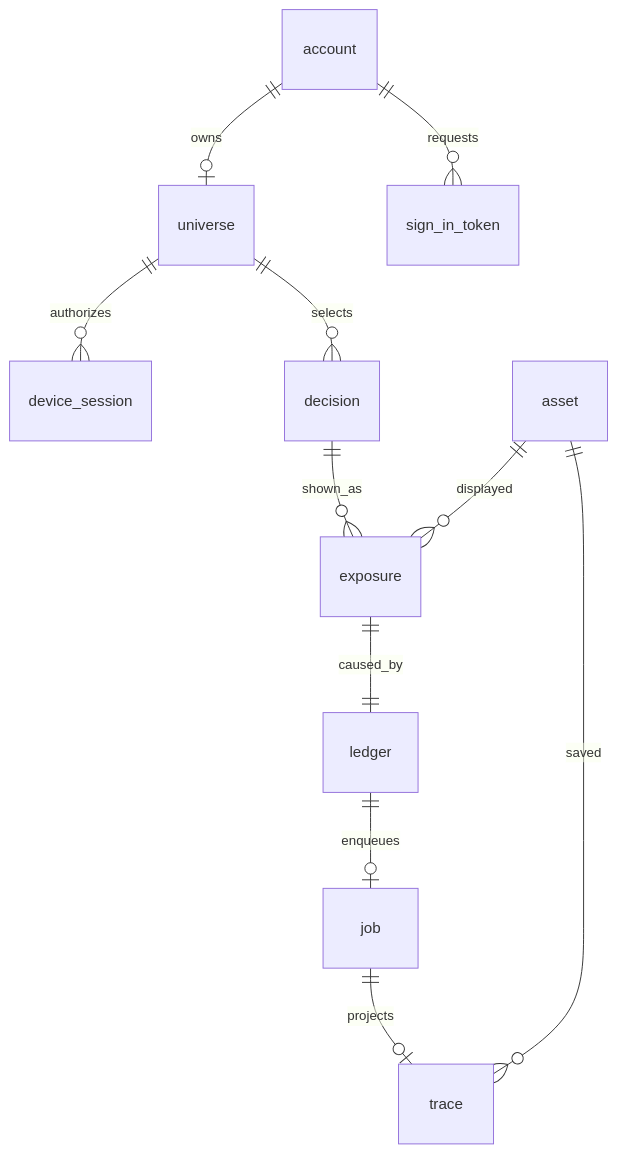
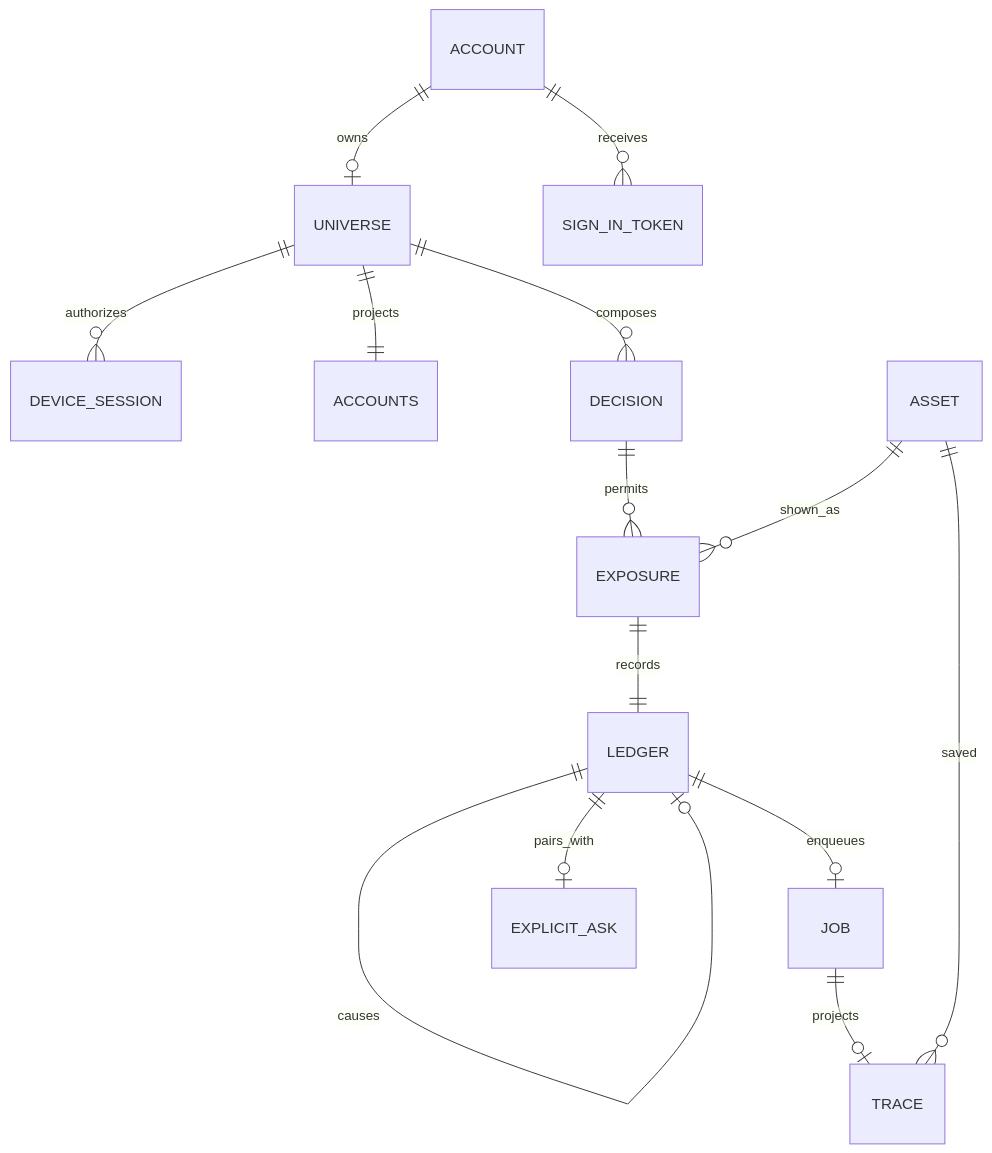
Before and after one commit to KnowScroll/knowscroll: the fifth of 16 diagrams in docs/flowwalk/knowscroll-codebase-architecture-guide.md, drawn with Mermaid. The commit also changed other lines of this file, not shown here.

Commit message:
docs: refresh architecture guide for current system (#72)

````diff
--- a/docs/flowwalk/knowscroll-codebase-architecture-guide.md
+++ b/docs/flowwalk/knowscroll-codebase-architecture-guide.md
@@ -289,13 +243,16 @@
 ```mermaid
 erDiagram
-    account ||--o| universe : owns
-    universe ||--o{ device_session : authorizes
-    account ||--o{ sign_in_token : requests
-    universe ||--o{ decision : selects
-    decision ||--o{ exposure : shown_as
-    asset ||--o{ exposure : displayed
-    exposure ||--|| ledger : caused_by
-    ledger ||--o| job : enqueues
-    job ||--o| trace : projects
-    asset ||--o{ trace : saved
+  ACCOUNT ||--o| UNIVERSE : owns
+  ACCOUNT ||--o{ SIGN_IN_TOKEN : receives
+  UNIVERSE ||--o{ DEVICE_SESSION : authorizes
+  UNIVERSE ||--|| ACCOUNTS : projects
+  UNIVERSE ||--o{ DECISION : composes
+  DECISION ||--o{ EXPOSURE : permits
+  ASSET ||--o{ EXPOSURE : shown_as
+  EXPOSURE ||--|| LEDGER : records
+  LEDGER ||--o| LEDGER : causes
+  LEDGER ||--o| JOB : enqueues
+  JOB ||--o| TRACE : projects
+  ASSET ||--o{ TRACE : saved
+  LEDGER ||--o| EXPLICIT_ASK : pairs_with
 ```
````
